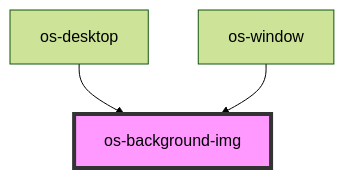
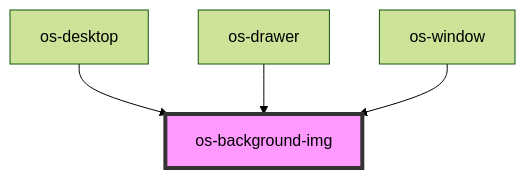
Before and after one commit to neko-chilyann/qx-os: the diagram in src/components/os-background-img/readme.md, drawn with Mermaid (forest theme). The commit also changed other lines of this file and 10 other files, not shown here.

````diff
--- a/src/components/os-background-img/readme.md
+++ b/src/components/os-background-img/readme.md
@@ -25,6 +26,7 @@
 ```mermaid
 graph TD;
   os-desktop --> os-background-img
+  os-drawer --> os-background-img
   os-window --> os-background-img
   style os-background-img fill:#f9f,stroke:#333,stroke-width:4px
 ```
````
